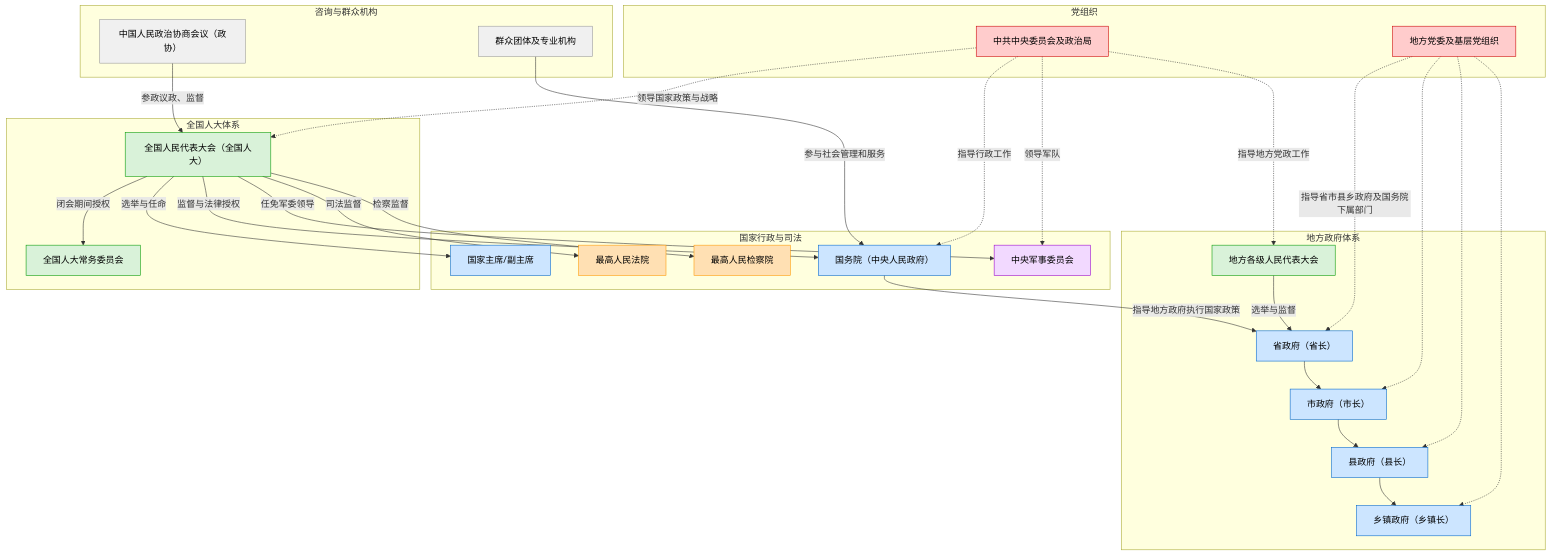
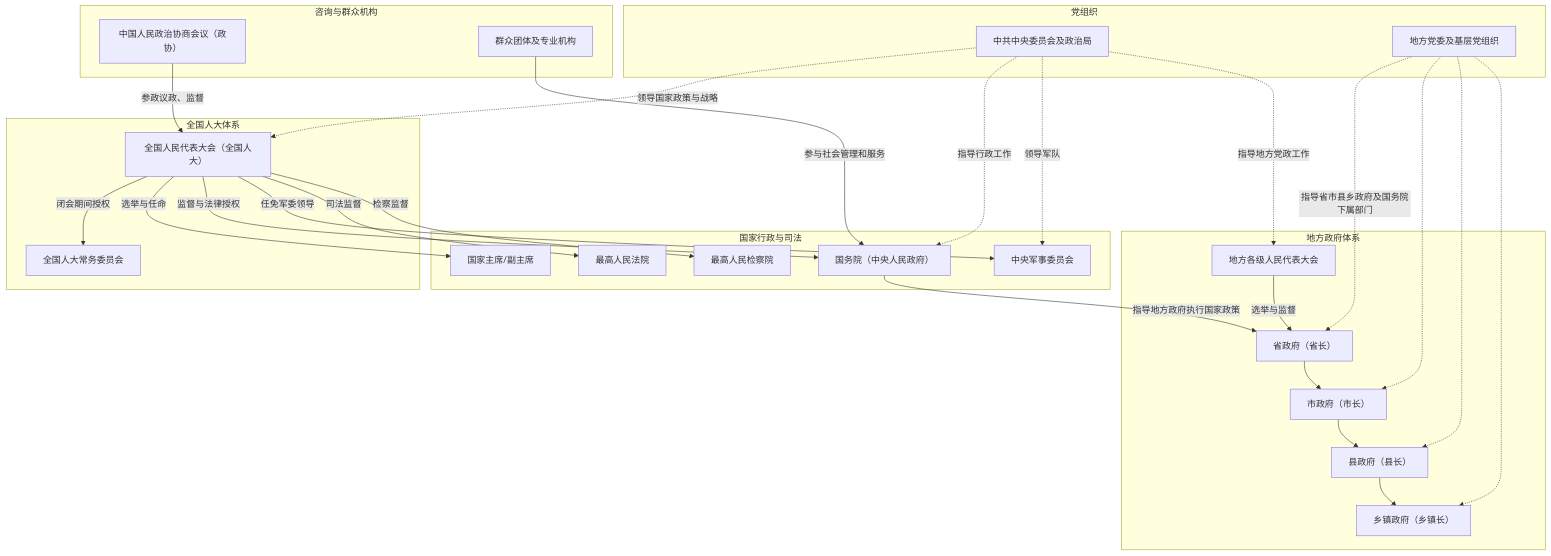
Before and after one commit to zeroDtree/zeroDtree.github.io: the diagram in content/故事/政治机构图.md, drawn with Mermaid.

````diff
--- a/content/故事/政治机构图.md
+++ b/content/故事/政治机构图.md
@@ -11,65 +11,57 @@
 ```mermaid
 graph TB
     subgraph 党组织
         J[中共中央委员会及政治局]:::party
         J1[地方党委及基层党组织]:::party
     end
 
     subgraph 全国人大体系
         A[全国人民代表大会（全国人大）]:::legislative
         B[全国人大常务委员会]:::legislative
     end
 
     subgraph 国家行政与司法
         C[国家主席/副主席]:::executive
         D[国务院（中央人民政府）]:::executive
         E[中央军事委员会]:::military
         F[最高人民法院]:::judiciary
         G[最高人民检察院]:::judiciary
     end
 
     subgraph 地方政府体系
         H[地方各级人民代表大会]:::legislative
         P[省政府（省长）]:::executive
         M[市政府（市长）]:::executive
         Cn[县政府（县长）]:::executive
         T[乡镇政府（乡镇长）]:::executive
     end
 
     %% 第六层：政协和群众团体
     subgraph 咨询与群众机构
         K[中国人民政治协商会议（政协）]:::consultative
         L[群众团体及专业机构]:::consultative
     end
 
     A -->|闭会期间授权| B
     A -->|选举与任命| C
     A -->|监督与法律授权| D
     A -->|任免军委领导| E
     A -->|司法监督| F
     A -->|检察监督| G
 
     D -->|指导地方政府执行国家政策| P
     H -->|选举与监督| P
     P --> M --> Cn --> T
 
     J -.->|领导国家政策与战略| A
     J -.->|指导行政工作| D
     J -.->|领导军队| E
     J -.->|指导地方党政工作| H
     J1 -.->|指导省市县乡政府及国务院下属部门| P
     J1 -.-> M
     J1 -.-> Cn
     J1 -.-> T
 
     K -->|参政议政、监督| A
     L -->|参与社会管理和服务| D
-
-    %% class 定义
-    classDef party fill:#ffcccc,stroke:#cc0000,color:#000
-    classDef executive fill:#cce5ff,stroke:#0066cc,color:#000
-    classDef legislative fill:#d9f2d9,stroke:#009900,color:#000
-    classDef judiciary fill:#ffe0b3,stroke:#ff9900,color:#000
-    classDef military fill:#f2d9ff,stroke:#9900cc,color:#000
-    classDef consultative fill:#f0f0f0,stroke:#999999,color:#000
 ```
````
